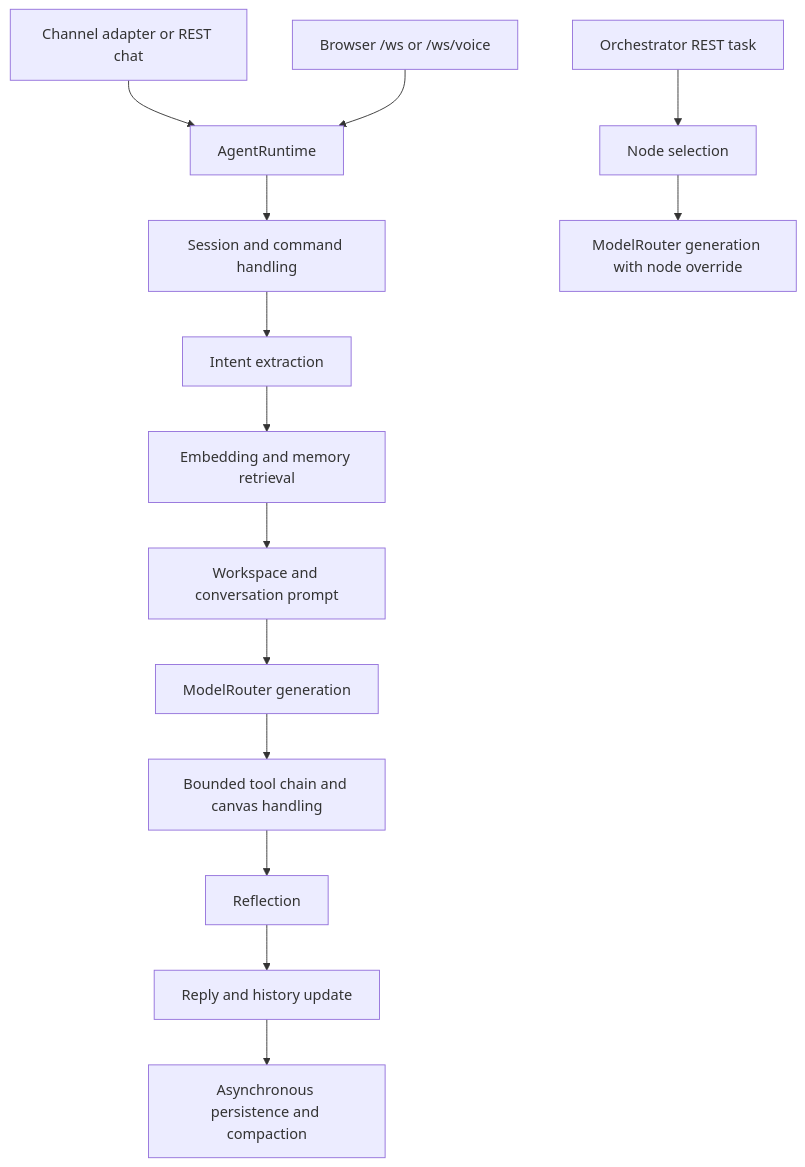
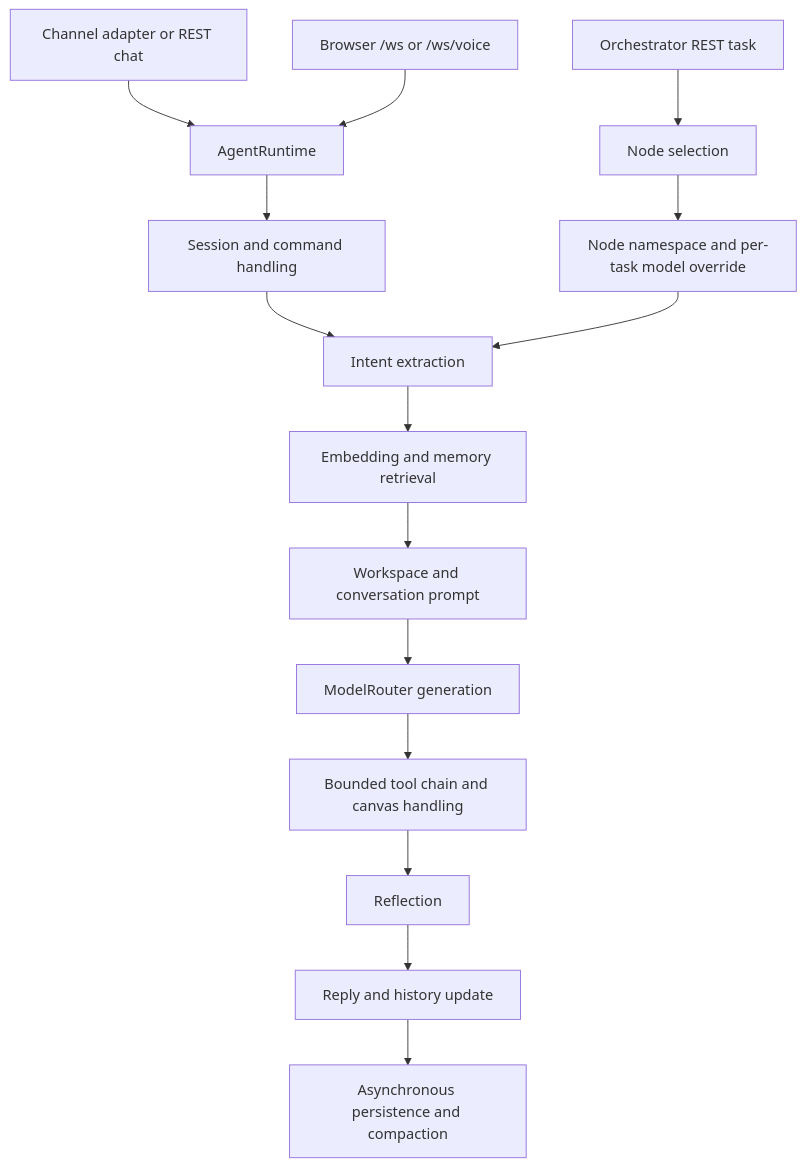
Before and after one commit to TheAmitChandra/NeuralCleave: the diagram in docs/agent-skills/neuralcleave-development/references/architecture.md, drawn with Mermaid. The commit also changed other lines of this file, not shown here.

Commit message:
docs(architecture): record authenticated transports and routed pipeline execution

````diff
--- a/docs/agent-skills/neuralcleave-development/references/architecture.md
+++ b/docs/agent-skills/neuralcleave-development/references/architecture.md
@@ -33,16 +33,17 @@
 ```mermaid
 flowchart TD
   A[Channel adapter or REST chat] --> B[AgentRuntime]
   W[Browser /ws or /ws/voice] --> B
   B --> C[Session and command handling]
   C --> D[Intent extraction]
   D --> E[Embedding and memory retrieval]
   E --> F[Workspace and conversation prompt]
   F --> G[ModelRouter generation]
   G --> H[Bounded tool chain and canvas handling]
   H --> I[Reflection]
   I --> J[Reply and history update]
   J --> K[Asynchronous persistence and compaction]
   O[Orchestrator REST task] --> N[Node selection]
-  N --> M[ModelRouter generation with node override]
+  N --> M[Node namespace and per-task model override]
+  M --> D
 ```
````
